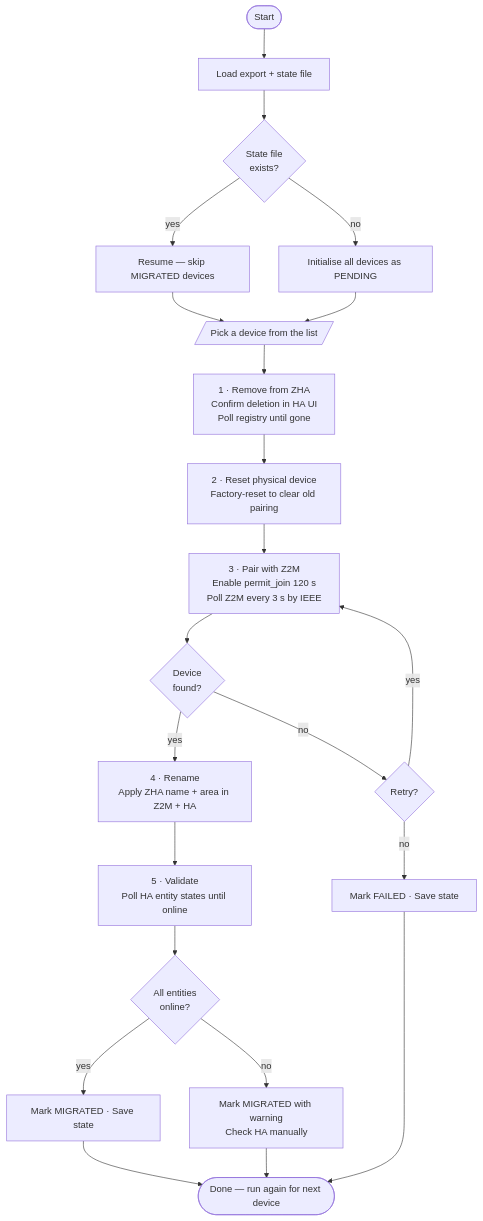
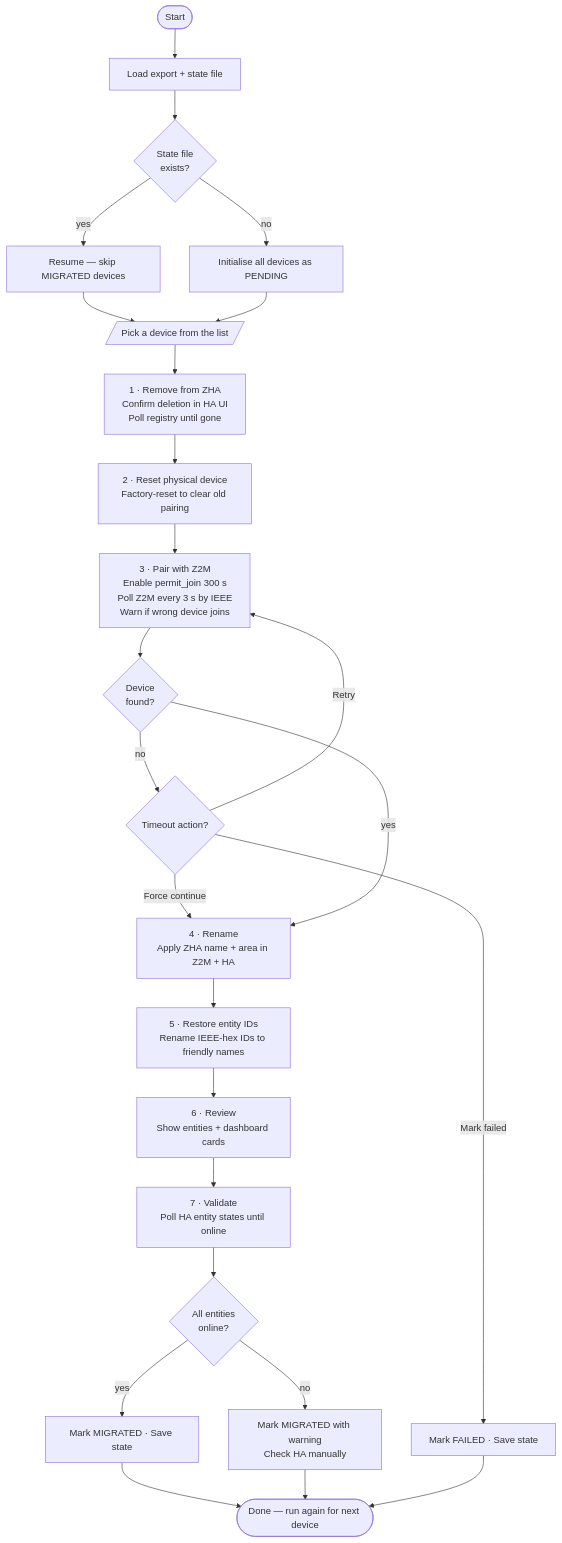
Before and after one commit to nordstad/zigporter: the first of 2 diagrams in docs/guide/migration-wizard.md, drawn with Mermaid. The commit also changed other lines of this file, not shown here.

Commit message:
docs: update migration wizard — 7 steps, 300s timeout, wrong-device warning, force-continue

````diff
--- a/docs/guide/migration-wizard.md
+++ b/docs/guide/migration-wizard.md
@@ -32,22 +42,25 @@
 ```mermaid
 flowchart TD
     A([Start]) --> B[Load export + state file]
     B --> C{State file\nexists?}
     C -- yes --> D[Resume — skip MIGRATED devices]
     C -- no --> E[Initialise all devices as PENDING]
     D & E --> F[/Pick a device from the list/]
     F --> G[1 · Remove from ZHA\nConfirm deletion in HA UI\nPoll registry until gone]
     G --> H[2 · Reset physical device\nFactory-reset to clear old pairing]
-    H --> I[3 · Pair with Z2M\nEnable permit_join 120 s\nPoll Z2M every 3 s by IEEE]
+    H --> I[3 · Pair with Z2M\nEnable permit_join 300 s\nPoll Z2M every 3 s by IEEE\nWarn if wrong device joins]
     I --> J{Device\nfound?}
-    J -- no --> K{Retry?}
-    K -- yes --> I
-    K -- no --> L[Mark FAILED · Save state]
+    J -- no --> K{Timeout action?}
+    K -- Retry --> I
+    K -- Force continue --> M
+    K -- Mark failed --> L[Mark FAILED · Save state]
     J -- yes --> M[4 · Rename\nApply ZHA name + area in Z2M + HA]
-    M --> N[5 · Validate\nPoll HA entity states until online]
-    N --> O{All entities\nonline?}
-    O -- yes --> P[Mark MIGRATED · Save state]
-    O -- no --> Q[Mark MIGRATED with warning\nCheck HA manually]
-    P & Q --> R([Done — run again for next device])
-    L --> R
+    M --> N[5 · Restore entity IDs\nRename IEEE-hex IDs to friendly names]
+    N --> O[6 · Review\nShow entities + dashboard cards]
+    O --> P[7 · Validate\nPoll HA entity states until online]
+    P --> Q{All entities\nonline?}
+    Q -- yes --> R[Mark MIGRATED · Save state]
+    Q -- no --> S[Mark MIGRATED with warning\nCheck HA manually]
+    R & S --> T([Done — run again for next device])
+    L --> T
 ```
````
